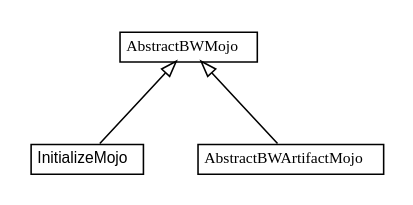
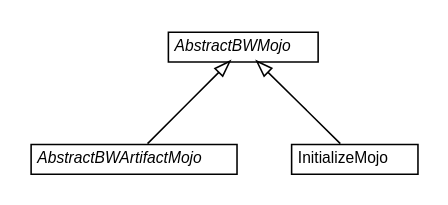
Before and after one commit to fastconnect/tibco-factory: the diagram in bw-maven-plugin/apidocs/fr/fastconnect/factory/tibco/bw/maven/fr.fastconnect.factory.tibco.bw.maven.dot, drawn with Graphviz. The commit also changed 380 other files, not shown here.

```diff
--- a/bw-maven-plugin/apidocs/fr/fastconnect/factory/tibco/bw/maven/fr.fastconnect.factory.tibco.bw.maven.dot
+++ b/bw-maven-plugin/apidocs/fr/fastconnect/factory/tibco/bw/maven/fr.fastconnect.factory.tibco.bw.maven.dot
@@ -1,34 +1,34 @@
 #!/usr/local/bin/dot
 #
 # Class diagram 
 # Generated by UMLGraph version R5_6-24-gf6e263 (http://www.umlgraph.org/)
 #
 
 digraph G {
-	edge [fontname="arial",fontsize=10,labelfontname="arial",labelfontsize=10];
-	node [fontname="arial",fontsize=10,shape=plaintext];
+	edge [fontname="Helvetica",fontsize=10,labelfontname="Helvetica",labelfontsize=10];
+	node [fontname="Helvetica",fontsize=10,shape=plaintext];
 	nodesep=0.25;
 	ranksep=0.5;
+	// fr.fastconnect.factory.tibco.bw.maven.AbstractBWArtifactMojo
+	c211 [label=<<table title="fr.fastconnect.factory.tibco.bw.maven.AbstractBWArtifactMojo" border="0" cellborder="1" cellspacing="0" cellpadding="2" port="p" href="./AbstractBWArtifactMojo.html">
+		<tr><td><table border="0" cellspacing="0" cellpadding="1">
+<tr><td align="center" balign="center"><font face="Helvetica-Oblique"> AbstractBWArtifactMojo </font></td></tr>
+		</table></td></tr>
+		</table>>, URL="./AbstractBWArtifactMojo.html", fontname="Helvetica", fontcolor="black", fontsize=10.0];
 	// fr.fastconnect.factory.tibco.bw.maven.InitializeMojo
-	c0 [label=<<table title="fr.fastconnect.factory.tibco.bw.maven.InitializeMojo" border="0" cellborder="1" cellspacing="0" cellpadding="2" port="p" href="./InitializeMojo.html">
+	c212 [label=<<table title="fr.fastconnect.factory.tibco.bw.maven.InitializeMojo" border="0" cellborder="1" cellspacing="0" cellpadding="2" port="p" href="./InitializeMojo.html">
 		<tr><td><table border="0" cellspacing="0" cellpadding="1">
 <tr><td align="center" balign="center"> InitializeMojo </td></tr>
 		</table></td></tr>
-		</table>>, URL="./InitializeMojo.html", fontname="arial", fontcolor="black", fontsize=10.0];
+		</table>>, URL="./InitializeMojo.html", fontname="Helvetica", fontcolor="black", fontsize=10.0];
 	// fr.fastconnect.factory.tibco.bw.maven.AbstractBWMojo
-	c1 [label=<<table title="fr.fastconnect.factory.tibco.bw.maven.AbstractBWMojo" border="0" cellborder="1" cellspacing="0" cellpadding="2" port="p" href="./AbstractBWMojo.html">
+	c213 [label=<<table title="fr.fastconnect.factory.tibco.bw.maven.AbstractBWMojo" border="0" cellborder="1" cellspacing="0" cellpadding="2" port="p" href="./AbstractBWMojo.html">
 		<tr><td><table border="0" cellspacing="0" cellpadding="1">
-<tr><td align="center" balign="center"><font face="arial italic"> AbstractBWMojo </font></td></tr>
+<tr><td align="center" balign="center"><font face="Helvetica-Oblique"> AbstractBWMojo </font></td></tr>
 		</table></td></tr>
-		</table>>, URL="./AbstractBWMojo.html", fontname="arial", fontcolor="black", fontsize=10.0];
-	// fr.fastconnect.factory.tibco.bw.maven.AbstractBWArtifactMojo
-	c2 [label=<<table title="fr.fastconnect.factory.tibco.bw.maven.AbstractBWArtifactMojo" border="0" cellborder="1" cellspacing="0" cellpadding="2" port="p" href="./AbstractBWArtifactMojo.html">
-		<tr><td><table border="0" cellspacing="0" cellpadding="1">
-<tr><td align="center" balign="center"><font face="arial italic"> AbstractBWArtifactMojo </font></td></tr>
-		</table></td></tr>
-		</table>>, URL="./AbstractBWArtifactMojo.html", fontname="arial", fontcolor="black", fontsize=10.0];
+		</table>>, URL="./AbstractBWMojo.html", fontname="Helvetica", fontcolor="black", fontsize=10.0];
+	//fr.fastconnect.factory.tibco.bw.maven.AbstractBWArtifactMojo extends fr.fastconnect.factory.tibco.bw.maven.AbstractBWMojo
+	c213:p -> c211:p [dir=back,arrowtail=empty];
 	//fr.fastconnect.factory.tibco.bw.maven.InitializeMojo extends fr.fastconnect.factory.tibco.bw.maven.AbstractBWMojo
-	c1:p -> c0:p [dir=back,arrowtail=empty];
-	//fr.fastconnect.factory.tibco.bw.maven.AbstractBWArtifactMojo extends fr.fastconnect.factory.tibco.bw.maven.AbstractBWMojo
-	c1:p -> c2:p [dir=back,arrowtail=empty];
+	c213:p -> c212:p [dir=back,arrowtail=empty];
 }
```
